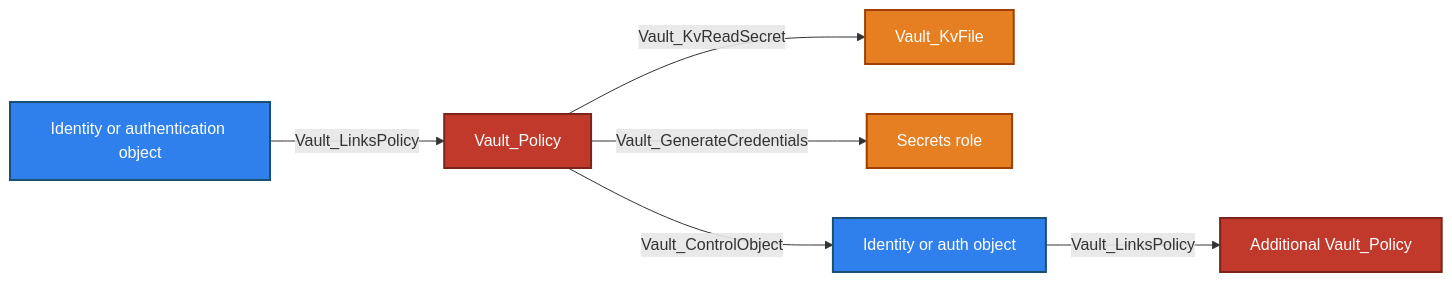
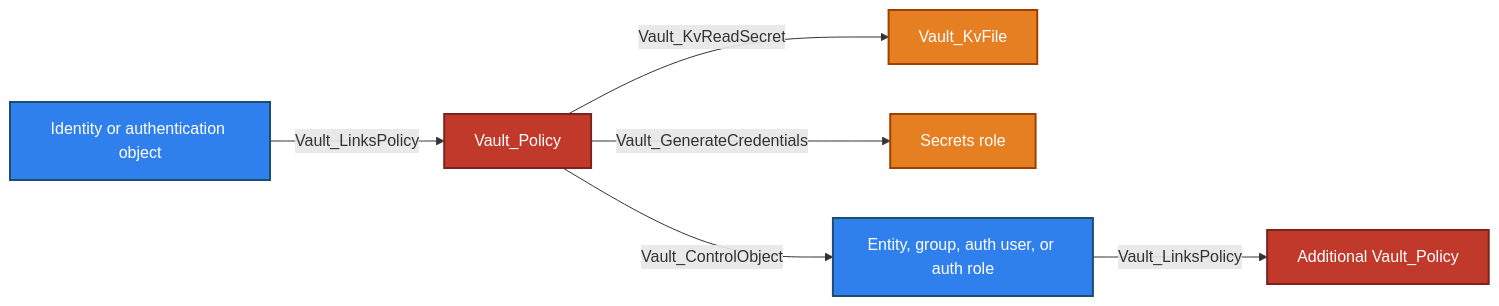
The fourth of 6 diagrams in Documentation/stores/POLICIES.md (bytewreck/opengraph-vault), drawn with Mermaid before and after one commit. The commit also changed other lines of this file and 7 other files, not shown here.

````diff
--- a/Documentation/stores/POLICIES.md
+++ b/Documentation/stores/POLICIES.md
@@ -168,12 +168,12 @@
 ```mermaid
 flowchart LR
     principal["Identity or authentication object"]:::identityNode -->|Vault_LinksPolicy| policy[Vault_Policy]:::policyNode
     policy -->|Vault_KvReadSecret| secret[Vault_KvFile]:::secretObjectNode
     policy -->|Vault_GenerateCredentials| role[Secrets role]:::secretObjectNode
-    policy -->|Vault_ControlObject| controlled["Identity or auth object"]:::identityNode
+    policy -->|Vault_ControlObject| controlled["Entity, group, auth user, or auth role"]:::identityNode
     controlled -->|Vault_LinksPolicy| elevated["Additional Vault_Policy"]:::policyNode
 
     classDef identityNode fill:#2F80ED,color:#fff,stroke:#1B4F72,stroke-width:2px
     classDef policyNode fill:#C0392B,color:#fff,stroke:#7B241C,stroke-width:2px
     classDef secretObjectNode fill:#E67E22,color:#fff,stroke:#A04000,stroke-width:2px
 ```
````
